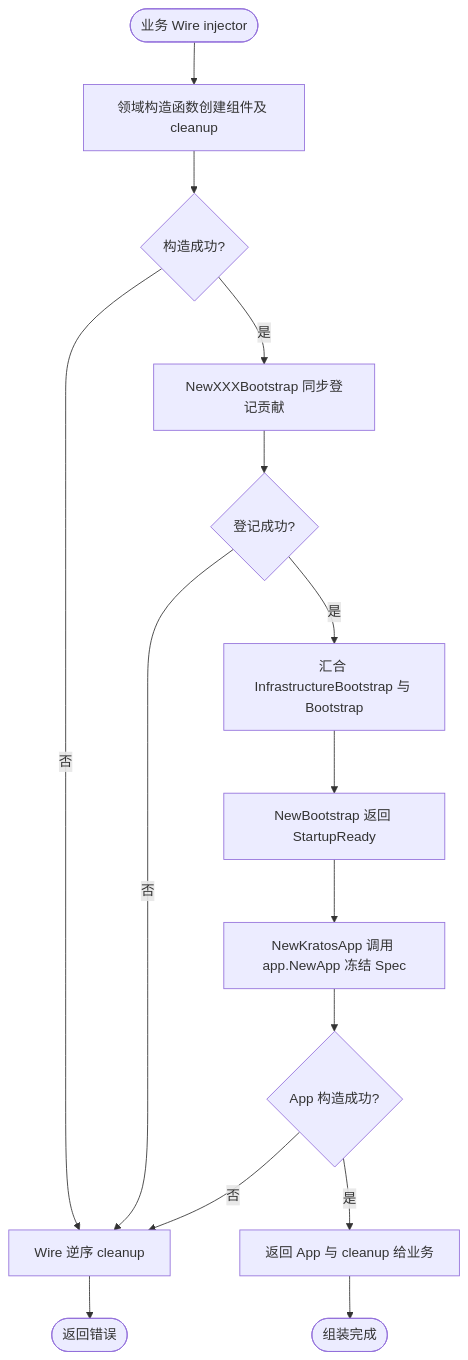
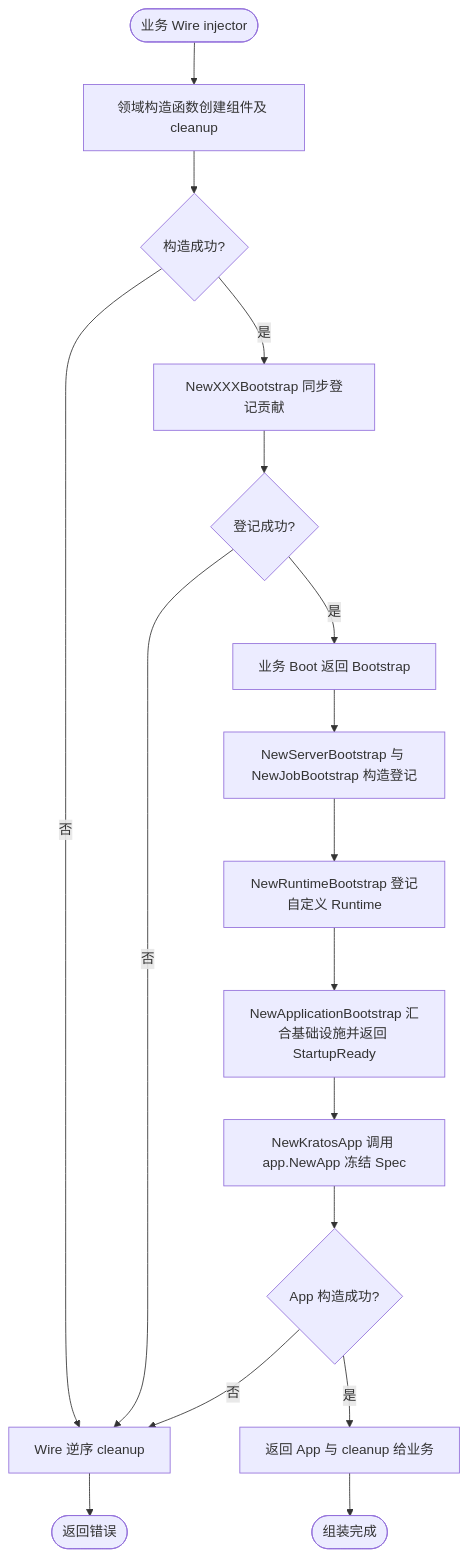
The second of 6 diagrams in pkg/bootstrap/README.md (jaggerzhuang1994/kratos-foundation), drawn with Mermaid before and after one commit. The commit also changed other lines of this file and 290 other files, not shown here.

````diff
--- a/pkg/bootstrap/README.md
+++ b/pkg/bootstrap/README.md
@@ -99,17 +97,19 @@
 ```mermaid
 flowchart TD
     A([业务 Wire injector]) --> B[领域构造函数创建组件及 cleanup]
     B --> C{构造成功?}
     C -- 否 --> X[Wire 逆序 cleanup]
     C -- 是 --> D[NewXXXBootstrap 同步登记贡献]
     D --> E{登记成功?}
     E -- 否 --> X
-    E -- 是 --> F[汇合 InfrastructureBootstrap 与 Bootstrap]
-    F --> G[NewBootstrap 返回 StartupReady]
+    E -- 是 --> F[业务 Boot 返回 Bootstrap]
+    F --> S[NewServerBootstrap 与 NewJobBootstrap 构造登记]
+    S --> F1[NewRuntimeBootstrap 登记自定义 Runtime]
+    F1 --> G[NewApplicationBootstrap 汇合基础设施并返回 StartupReady]
     G --> H[NewKratosApp 调用 app.NewApp 冻结 Spec]
     H --> I{App 构造成功?}
     I -- 否 --> X
     X --> Y([返回错误])
     I -- 是 --> J[返回 App 与 cleanup 给业务]
     J --> K([组装完成])
 ```
````
